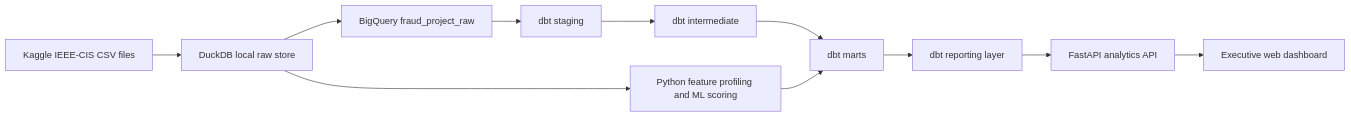
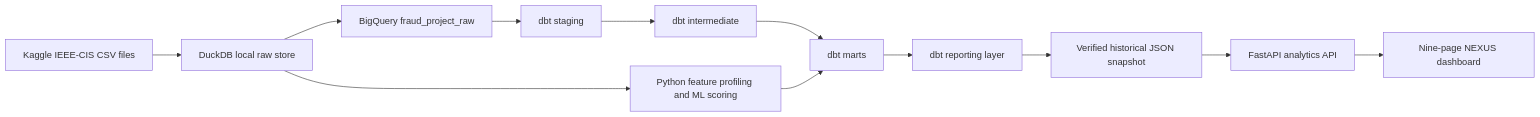
The diagram in docs/architecture.md (senanurcetin/ieee-fraud-detection-analytics), drawn with Mermaid before and after one commit. The commit also changed other lines of this file and 17 other files, not shown here.

````diff
--- a/docs/architecture.md
+++ b/docs/architecture.md
@@ -7,13 +7,14 @@
 ```mermaid
 flowchart LR
     A["Kaggle IEEE-CIS CSV files"] --> B["DuckDB local raw store"]
     B --> C["Python feature profiling and ML scoring"]
     B --> D["BigQuery fraud_project_raw"]
     D --> E["dbt staging"]
     E --> F["dbt intermediate"]
     F --> G["dbt marts"]
     C --> G
     G --> H["dbt reporting layer"]
-    H --> I["FastAPI analytics API"]
-    I --> J["Executive web dashboard"]
+    H --> S["Verified historical JSON snapshot"]
+    S --> I["FastAPI analytics API"]
+    I --> J["Nine-page NEXUS dashboard"]
 ```
````
